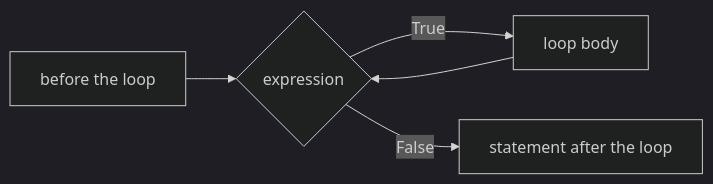
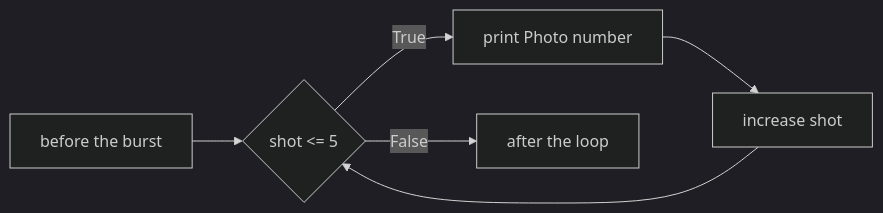
Before and after one commit to FeikoWielsma/courseWare-Python-Programming: the second of 3 diagrams in src/slides/04-control-flow-and-operators/04-control-flow-and-operators.md, drawn with Mermaid (dark theme). The commit also changed other lines of this file and 139 other files, not shown here.

````diff
--- a/src/slides/04-control-flow-and-operators/04-control-flow-and-operators.md
+++ b/src/slides/04-control-flow-and-operators/04-control-flow-and-operators.md
@@ -182,7 +161,8 @@
 ```mermaid
 flowchart LR
-  A[before the loop] --> B{expression}
-  B -- True --> C[loop body]
-  C --> B
-  B -- False --> D[statement after the loop]
+  A[before the burst] --> B{shot <= 5}
+  B -- True --> C[print Photo number]
+  C --> D[increase shot]
+  D --> B
+  B -- False --> E[after the loop]
 ```
````
